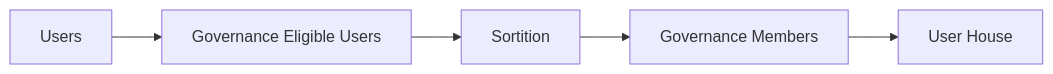
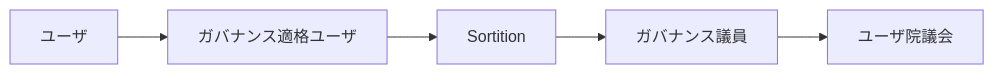
One commit to ShigeichiroYamasaki/creator-first-platform changed the fifth of 17 diagrams in docs/whitepaper/01-vision.md. Above: the diagram before and after it, drawn with Mermaid. The commit also changed other lines of this file and 67 other files, not shown here.

````diff
--- a/docs/whitepaper/01-vision.md
+++ b/docs/whitepaper/01-vision.md
@@ -131,10 +131,10 @@
 ```mermaid
 flowchart LR
-    USERS[Users]
-    ELIGIBLE[Governance Eligible Users]
+    USERS[ユーザ]
+    ELIGIBLE[ガバナンス適格ユーザ]
     SORT[Sortition]
-    MEMBER[Governance Members]
-    HOUSE[User House]
+    MEMBER[ガバナンス議員]
+    HOUSE[ユーザ院議会]
 
     USERS --> ELIGIBLE --> SORT --> MEMBER --> HOUSE
 ```
````
